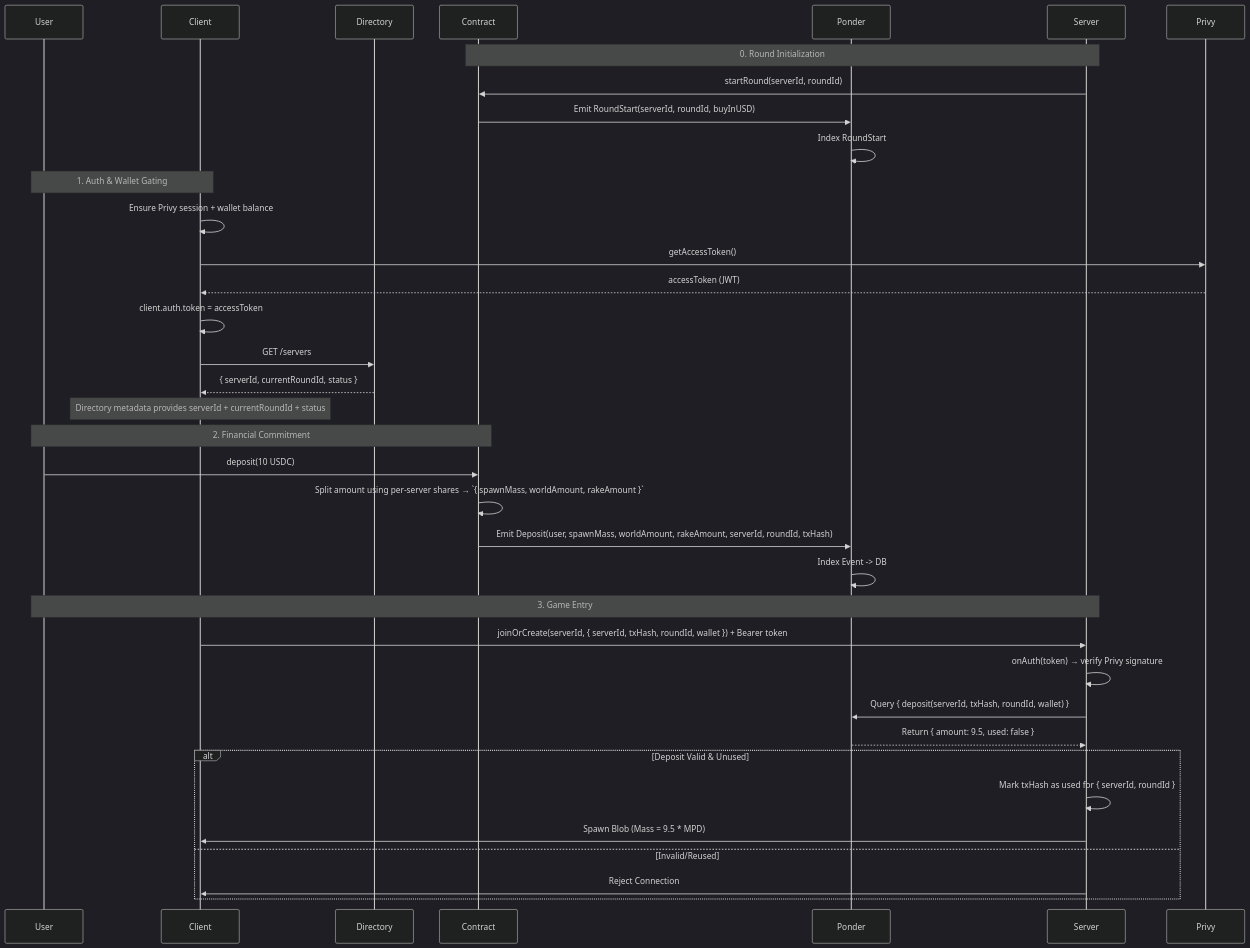
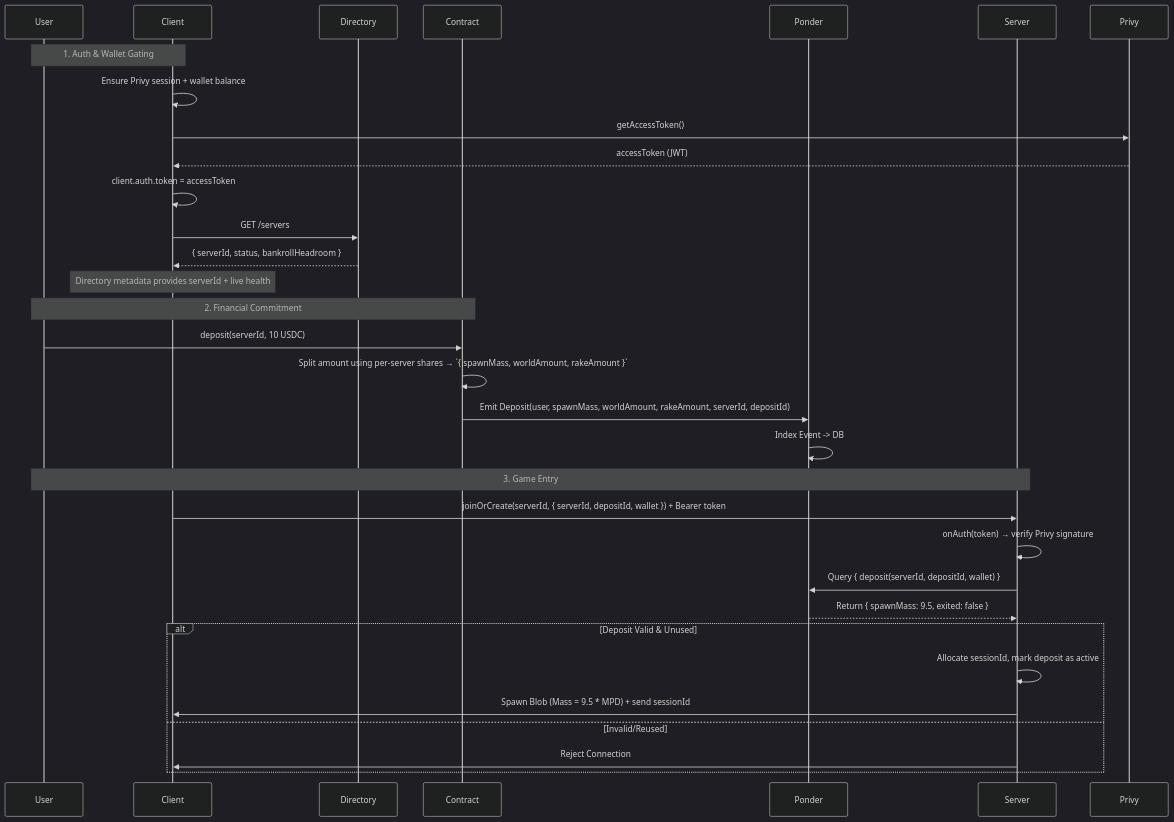
One commit to TheExpandingPolytope/goonverse changed the second of 9 diagrams in ARCHITECTURE.md. Above: the diagram before and after it, drawn with Mermaid (dark theme). The commit also changed other lines of this file and 37 other files, not shown here.

````diff
--- a/ARCHITECTURE.md
+++ b/ARCHITECTURE.md
@@ -186,42 +223,37 @@
 ```mermaid
 sequenceDiagram
     participant User
     participant Client
     participant Directory
     participant Contract
     participant Ponder
     participant Server
 
-    Note over Server, Contract: 0. Round Initialization
-    Server->>Contract: startRound(serverId, roundId)
-    Contract->>Ponder: Emit RoundStart(serverId, roundId, buyInUSD)
-    Ponder->>Ponder: Index RoundStart
-
     Note over User, Client: 1. Auth & Wallet Gating
     Client->>Client: Ensure Privy session + wallet balance
     Client->>Privy: getAccessToken()
     Privy-->>Client: accessToken (JWT)
     Client->>Client: client.auth.token = accessToken
     Client->>Directory: GET /servers
-    Directory-->>Client: { serverId, currentRoundId, status }
-    Note over Client: Directory metadata provides serverId + currentRoundId + status
+    Directory-->>Client: { serverId, status, bankrollHeadroom }
+    Note over Client: Directory metadata provides serverId + live health
 
     Note over User, Contract: 2. Financial Commitment
-    User->>Contract: deposit(10 USDC)
+    User->>Contract: deposit(serverId, 10 USDC)
     Contract->>Contract: Split amount using per-server shares → `{ spawnMass, worldAmount, rakeAmount }`
-    Contract->>Ponder: Emit Deposit(user, spawnMass, worldAmount, rakeAmount, serverId, roundId, txHash)
+    Contract->>Ponder: Emit Deposit(user, spawnMass, worldAmount, rakeAmount, serverId, depositId)
     Ponder->>Ponder: Index Event -> DB
 
     Note over User, Server: 3. Game Entry
-    Client->>Server: joinOrCreate(serverId, { serverId, txHash, roundId, wallet }) + Bearer token
+    Client->>Server: joinOrCreate(serverId, { serverId, depositId, wallet }) + Bearer token
     Server->>Server: onAuth(token) → verify Privy signature
-    Server->>Ponder: Query { deposit(serverId, txHash, roundId, wallet) }
-    Ponder-->>Server: Return { amount: 9.5, used: false }
+    Server->>Ponder: Query { deposit(serverId, depositId, wallet) }
+    Ponder-->>Server: Return { spawnMass: 9.5, exited: false }
     
     alt Deposit Valid & Unused
-        Server->>Server: Mark txHash as used for { serverId, roundId }
-        Server->>Client: Spawn Blob (Mass = 9.5 * MPD)
+        Server->>Server: Allocate sessionId, mark deposit as active
+        Server->>Client: Spawn Blob (Mass = 9.5 * MPD) + send sessionId
     else Invalid/Reused
         Server->>Client: Reject Connection
     end
 ```
````
